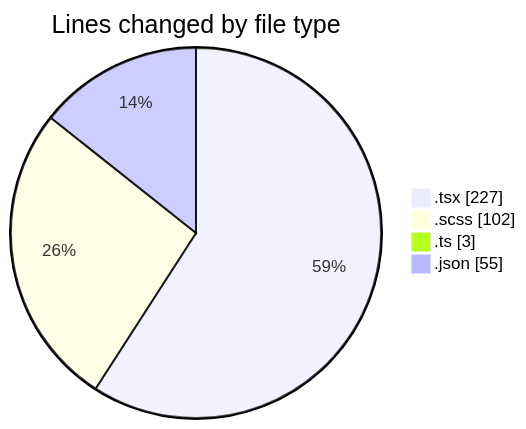
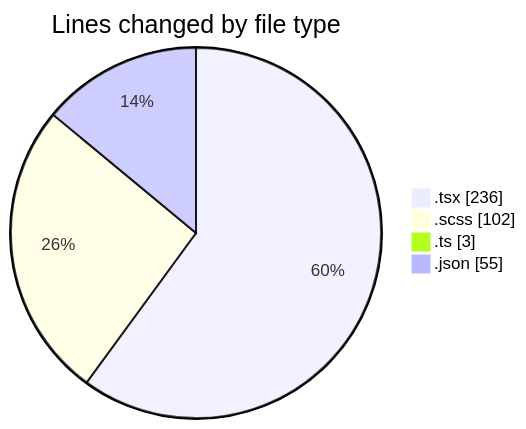
One commit to momahboobian/code-tracking changed the first of 2 diagrams in 2026-10-30/cda/README.md. Above: the diagram before and after it, drawn with Mermaid. The commit also changed other lines of this file and 1 other file, not shown here.

````diff
--- a/2026-10-30/cda/README.md
+++ b/2026-10-30/cda/README.md
@@ -25,8 +25,8 @@
 ```mermaid
 pie showData
 title Lines changed by file type
-".tsx" : 227
+".tsx" : 236
 ".scss" : 102
 ".ts" : 3
 ".json" : 55
 ```
````
